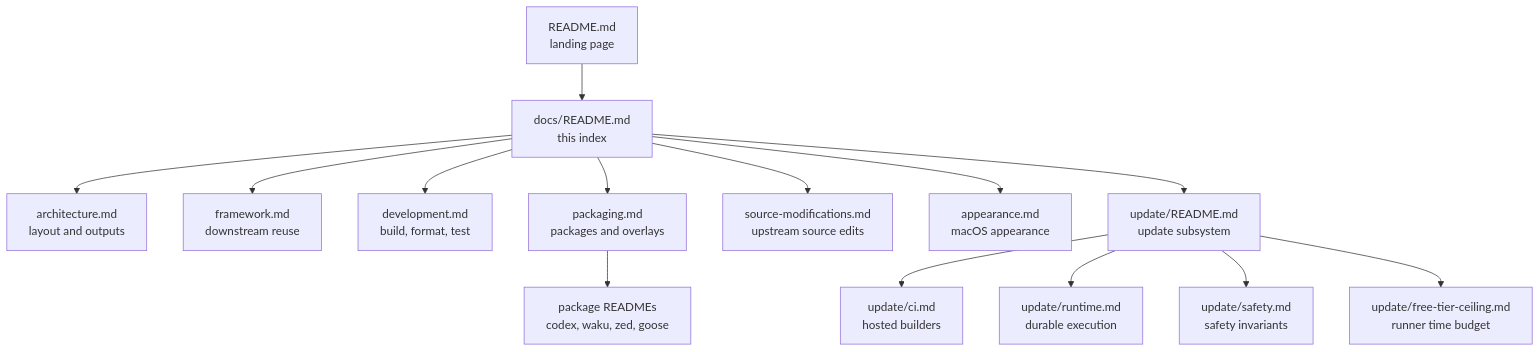
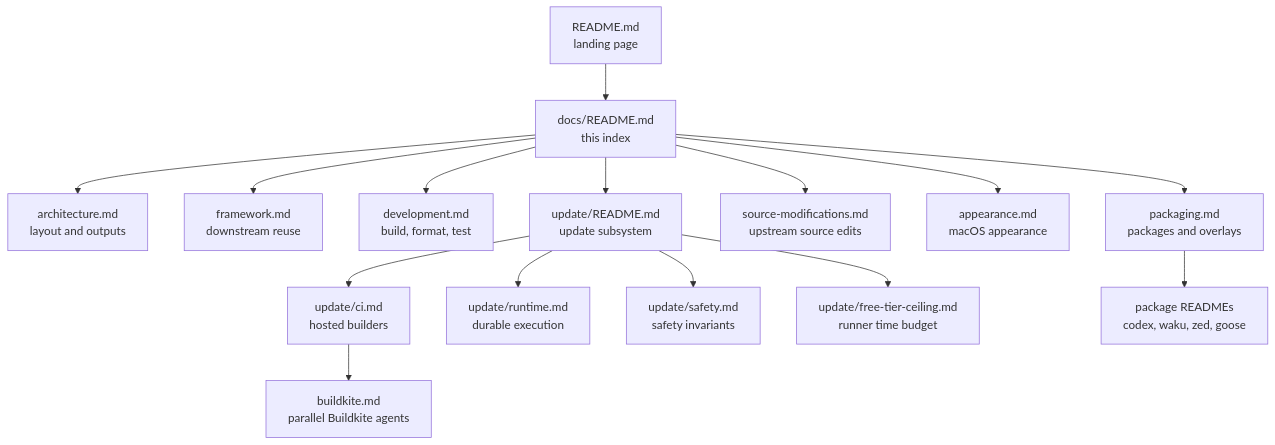
The diagram in docs/README.md (gkze/nixcfg), drawn with Mermaid before and after one commit. The commit also changed other lines of this file and 20 other files, not shown here.

````diff
--- a/docs/README.md
+++ b/docs/README.md
@@ -8,16 +8,17 @@
 ```mermaid
 flowchart TD
   root["README.md<br/>landing page"] --> index["docs/README.md<br/>this index"]
   index --> arch["architecture.md<br/>layout and outputs"]
   index --> fw["framework.md<br/>downstream reuse"]
   index --> dev["development.md<br/>build, format, test"]
   index --> pkg["packaging.md<br/>packages and overlays"]
   index --> srcmod["source-modifications.md<br/>upstream source edits"]
   index --> appear["appearance.md<br/>macOS appearance"]
   index --> upd["update/README.md<br/>update subsystem"]
   upd --> updci["update/ci.md<br/>hosted builders"]
+  updci --> bk["buildkite.md<br/>parallel Buildkite agents"]
   upd --> updrt["update/runtime.md<br/>durable execution"]
   upd --> updsafe["update/safety.md<br/>safety invariants"]
   upd --> updfree["update/free-tier-ceiling.md<br/>runner time budget"]
   pkg --> examples["package READMEs<br/>codex, waku, zed, goose"]
 ```
````
